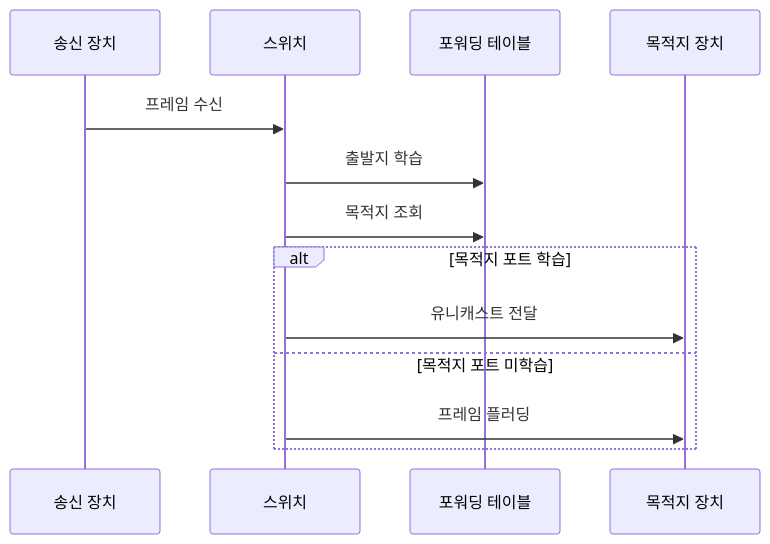
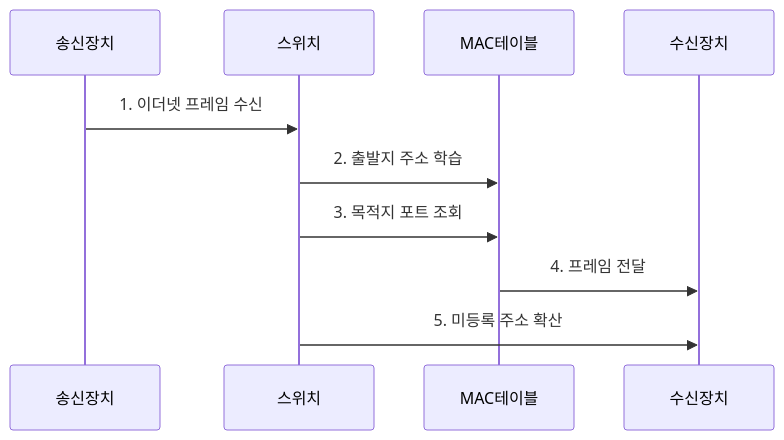
Before and after one commit to agnusdei1207/knowledge-base: the second of 2 diagrams in src/content/docs/notes/04-network/006_mac_address.md, drawn with Mermaid. The commit also changed other lines of this file and 20 other files, not shown here.

````diff
--- a/src/content/docs/notes/04-network/006_mac_address.md
+++ b/src/content/docs/notes/04-network/006_mac_address.md
@@ -84,15 +86,12 @@
 ```mermaid
 sequenceDiagram
-    participant S as 송신 장치
-    participant W as 스위치
-    participant F as 포워딩 테이블
-    participant D as 목적지 장치
-    S->>W: 프레임 수신
-    W->>F: 출발지 학습
-    W->>F: 목적지 조회
-    alt 목적지 포트 학습
-        W->>D: 유니캐스트 전달
-    else 목적지 포트 미학습
-        W->>D: 프레임 플러딩
-    end
+    participant 송신장치
+    participant 스위치
+    participant MAC테이블
+    participant 수신장치
+    송신장치->>스위치: 1. 이더넷 프레임 수신
+    스위치->>MAC테이블: 2. 출발지 주소 학습
+    스위치->>MAC테이블: 3. 목적지 포트 조회
+    MAC테이블->>수신장치: 4. 프레임 전달
+    스위치->>수신장치: 5. 미등록 주소 확산
 ```
````
